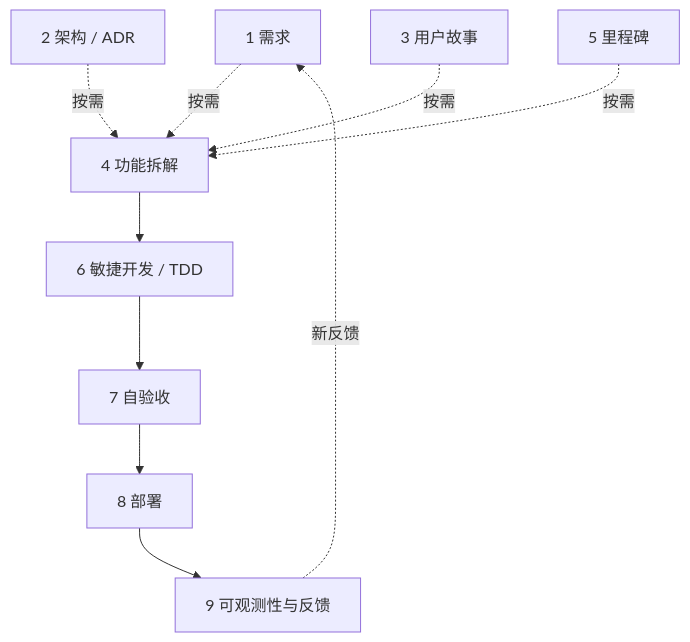
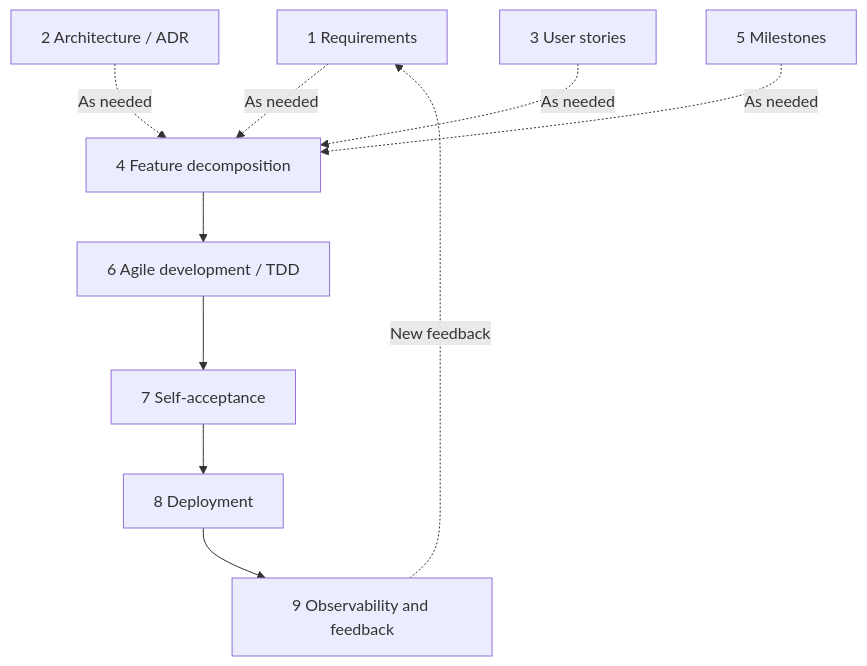
One commit to Caesarlo/SDLC-Harness-docs changed the third of 3 diagrams in concepts/how-it-works.mdx. Above: the diagram before and after it, drawn with Mermaid. The commit also changed other lines of this file and 64 other files, not shown here.

````diff
--- a/concepts/how-it-works.mdx
+++ b/concepts/how-it-works.mdx
@@ -65,12 +65,12 @@
 ```mermaid
 flowchart TB
-  A["1 需求"] -.按需.-> D["4 功能拆解"]
-  B["2 架构 / ADR"] -.按需.-> D
-  C["3 用户故事"] -.按需.-> D
-  E["5 里程碑"] -.按需.-> D
-  D --> F["6 敏捷开发 / TDD"]
-  F --> G["7 自验收"]
-  G --> H["8 部署"]
-  H --> I["9 可观测性与反馈"]
-  I -.新反馈.-> A
+  A["1 Requirements"] -.As needed.-> D["4 Feature decomposition"]
+  B["2 Architecture / ADR"] -.As needed.-> D
+  C["3 User stories"] -.As needed.-> D
+  E["5 Milestones"] -.As needed.-> D
+  D --> F["6 Agile development / TDD"]
+  F --> G["7 Self-acceptance"]
+  G --> H["8 Deployment"]
+  H --> I["9 Observability and feedback"]
+  I -.New feedback.-> A
 ```
````
